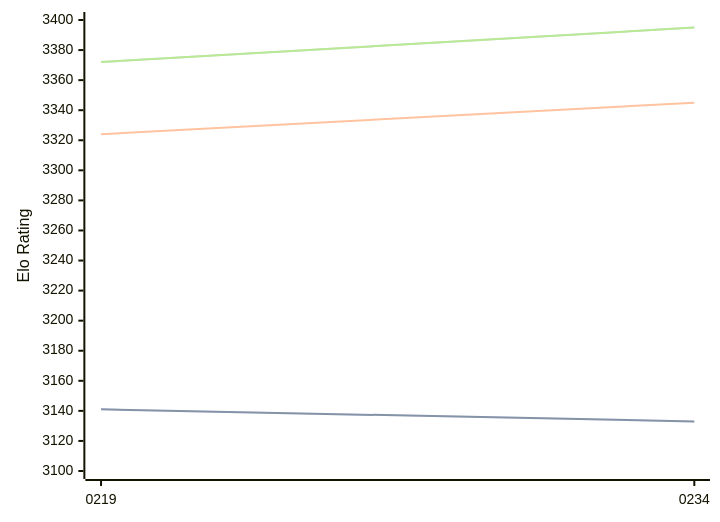
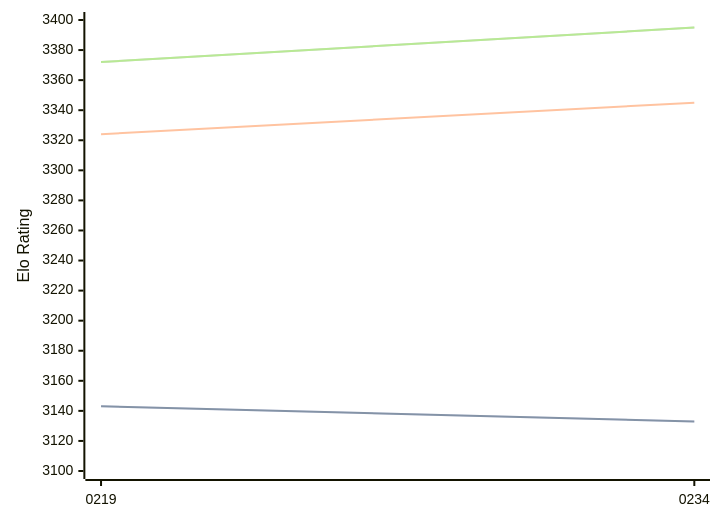
The diagram in engines/Ynode.md (computer-chess-index/cci), drawn with Mermaid before and after one commit. The commit also changed other lines of this file, not shown here.

````diff
--- a/engines/Ynode.md
+++ b/engines/Ynode.md
@@ -32,11 +32,11 @@
 ```mermaid
 %%{init: {"theme":"base","themeVariables":{"seriesColors:['#a3a3a3','#222221','#faa371']}}}%%
 xychart-beta
   x-axis ["0219", "0234"]
   y-axis "Elo Rating" 3100 --> 3400
-  line "" [3141, 3133]
-  line "STC (8.0+0.08s)" [3141, 3133]
+  line "" [3143, 3133]
+  line "STC (8.0+0.08s)" [3143, 3133]
   line "LTC (60.0+0.60s)" [3324, 3345]
   line "" [3372, 3395]
   line "VLTC (2m24s+1.12s)" [3372, 3395]
 ```
````
